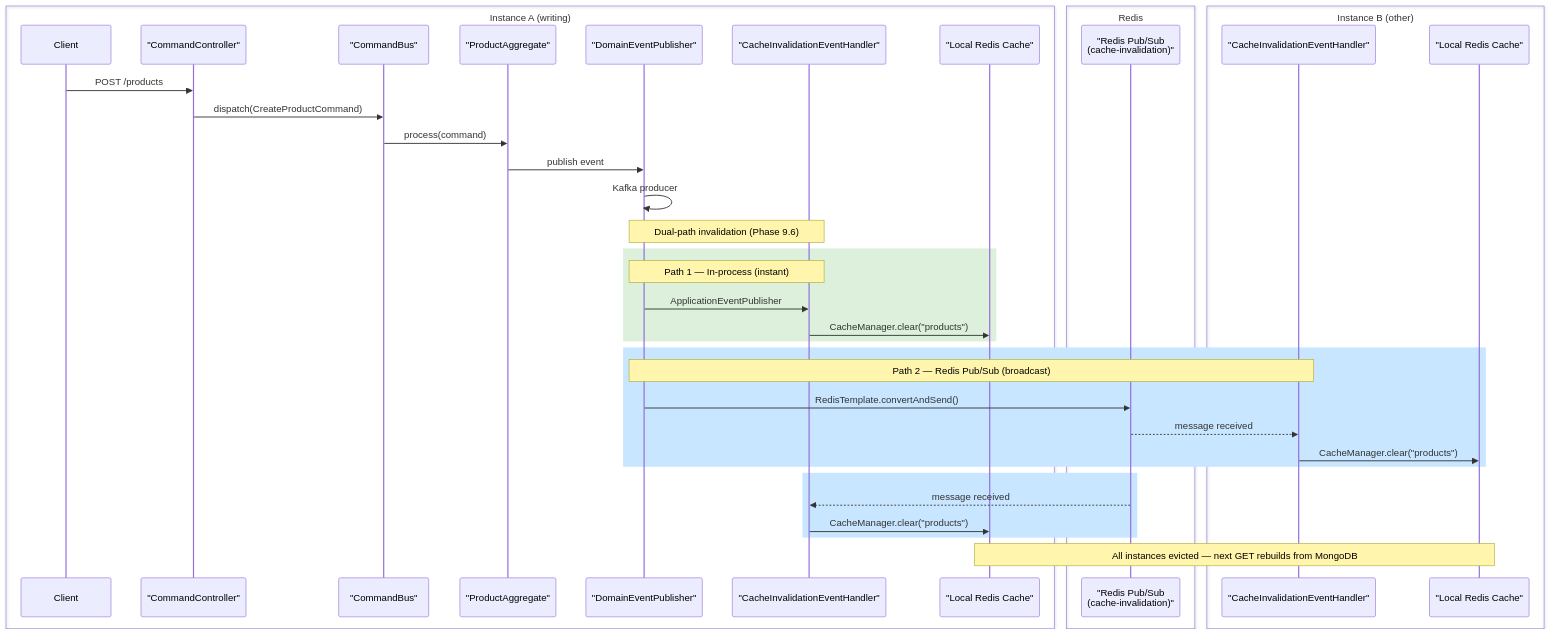
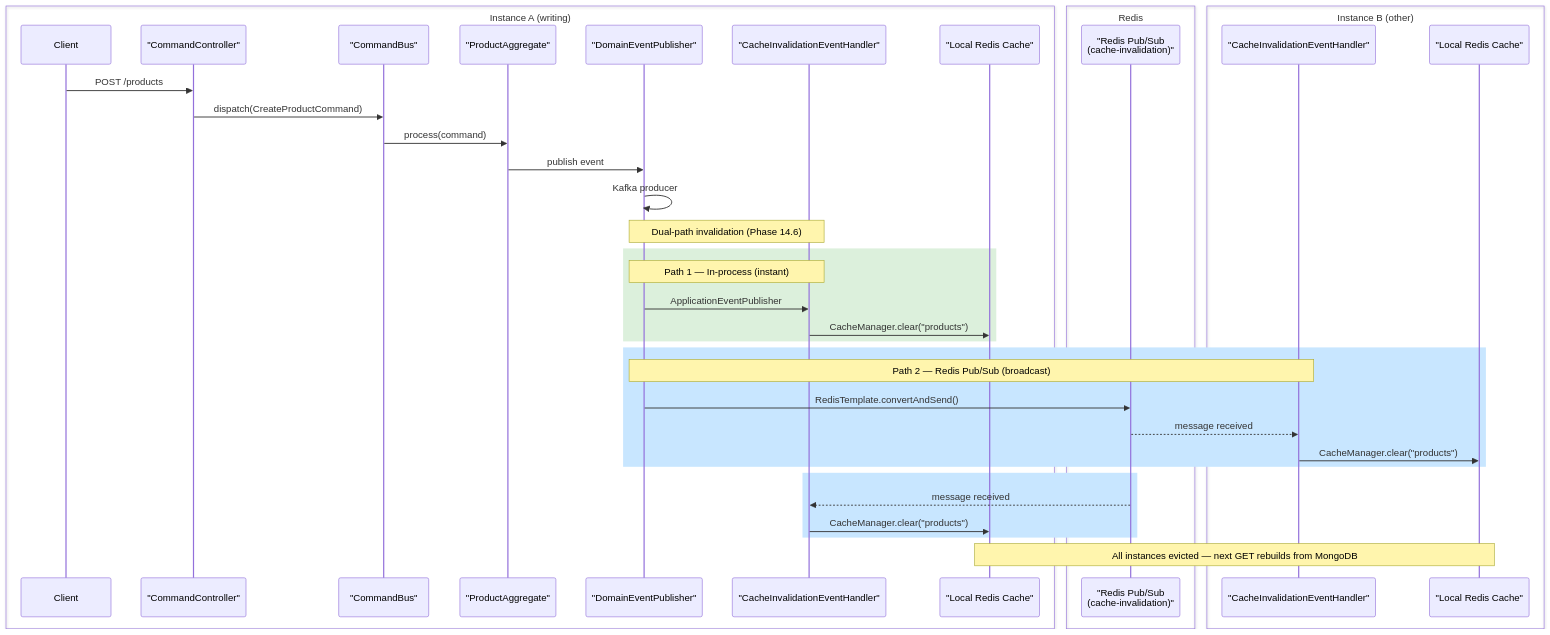
One commit to leosalazarn/microservices changed the fourth of 4 diagrams in docs/ARCHITECTURE.md. Above: the diagram before and after it, drawn with Mermaid. The commit also changed other lines of this file and 1 other file, not shown here.

Commit message:
docs: update phase references in CLAUDE.md and ARCHITECTURE.md
- CLAUDE.md: roadmap reprioritization → sequential phase numbers
- ARCHITECTURE.md: Phase 9.6 → Phase 14.6 in cache invalidation diagram

````diff
--- a/docs/ARCHITECTURE.md
+++ b/docs/ARCHITECTURE.md
@@ -127,49 +127,49 @@
 ```mermaid
 sequenceDiagram
     box Instance A (writing)
         participant Client
         participant CmdCtrl as "CommandController"
         participant Bus as "CommandBus"
         participant Aggregate as "ProductAggregate"
         participant Pub as "DomainEventPublisher"
         participant Listener as "CacheInvalidationEventHandler"
         participant CacheA as "Local Redis Cache"
     end
 
     box Redis
         participant Channel as "Redis Pub/Sub<br/>(cache-invalidation)"
     end
 
     box Instance B (other)
         participant ListenerB as "CacheInvalidationEventHandler"
         participant CacheB as "Local Redis Cache"
     end
 
     Client->>CmdCtrl: POST /products
     CmdCtrl->>Bus: dispatch(CreateProductCommand)
     Bus->>Aggregate: process(command)
     Aggregate->>Pub: publish event
     Pub->>Pub: Kafka producer
 
-    Note over Pub,Listener: Dual-path invalidation (Phase 9.6)
+    Note over Pub,Listener: Dual-path invalidation (Phase 14.6)
 
     rect rgb(220, 240, 220)
         Note over Pub,Listener: Path 1 — In-process (instant)
         Pub->>Listener: ApplicationEventPublisher
         Listener->>CacheA: CacheManager.clear("products")
     end
 
     rect rgb(200, 230, 255)
         Note over Pub,ListenerB: Path 2 — Redis Pub/Sub (broadcast)
         Pub->>Channel: RedisTemplate.convertAndSend()
         Channel-->>ListenerB: message received
         ListenerB->>CacheB: CacheManager.clear("products")
     end
 
     rect rgb(200, 230, 255)
         Channel-->>Listener: message received
         Listener->>CacheA: CacheManager.clear("products")
     end
 
     Note over CacheA,CacheB: All instances evicted — next GET rebuilds from MongoDB
 ```
````
